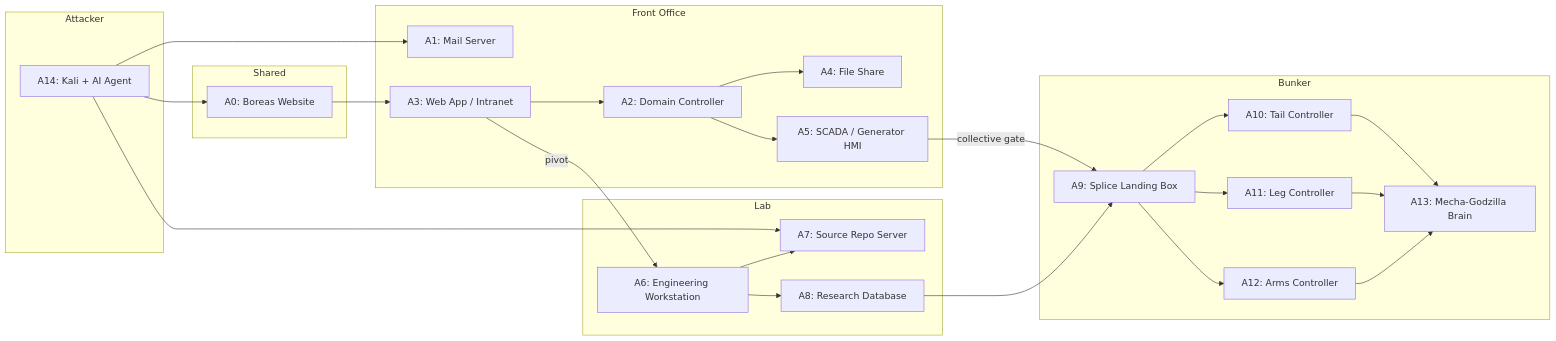
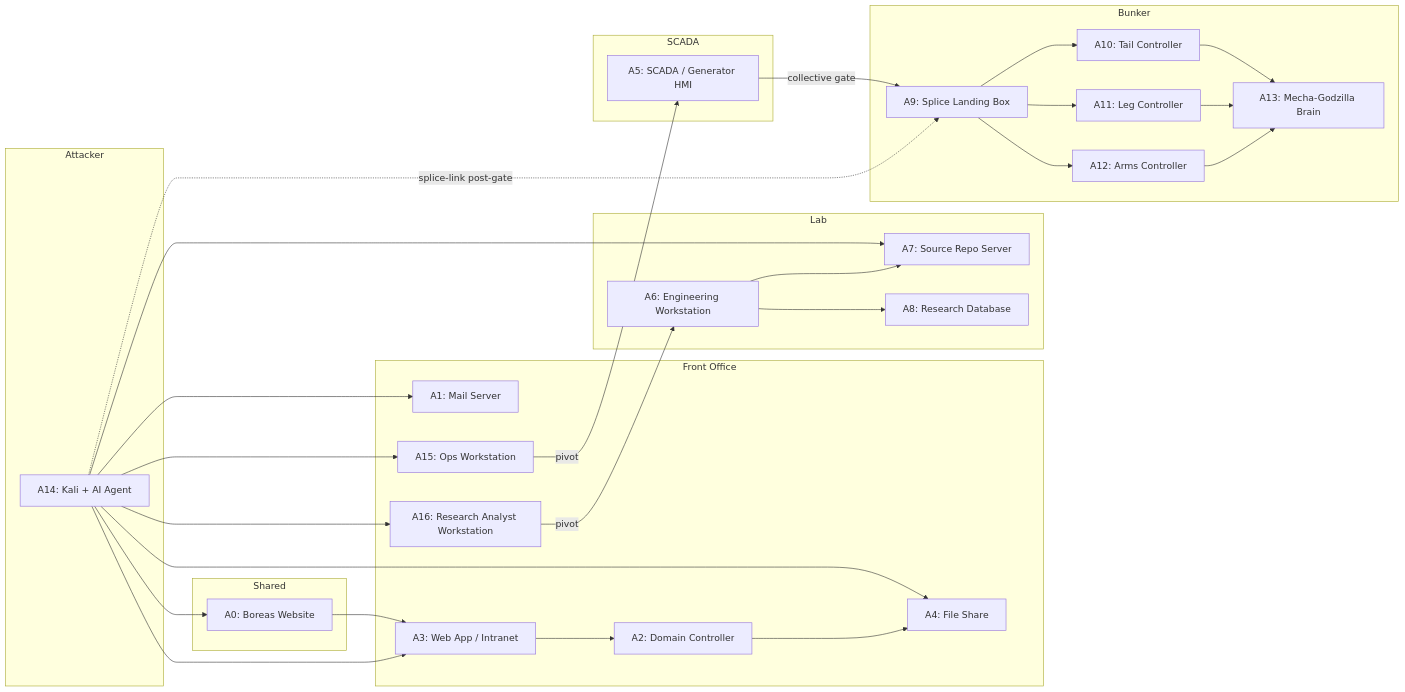
Before and after one commit to PaloAltoNetworks/shifter: the second of 2 diagrams in scenario-dev/polaris/design/architecture.md, drawn with Mermaid. The commit also changed other lines of this file and 50 other files, not shown here.

````diff
--- a/scenario-dev/polaris/design/architecture.md
+++ b/scenario-dev/polaris/design/architecture.md
@@ -81,46 +86,54 @@
 ```mermaid
 graph LR
     subgraph Shared
         A0[A0: Boreas Website]
     end
     subgraph Front Office
         A1[A1: Mail Server]
         A2[A2: Domain Controller]
         A3[A3: Web App / Intranet]
         A4[A4: File Share]
+        A15[A15: Ops Workstation]
+        A16[A16: Research Analyst Workstation]
+    end
+    subgraph SCADA
         A5[A5: SCADA / Generator HMI]
     end
     subgraph Lab
         A6[A6: Engineering Workstation]
         A7[A7: Source Repo Server]
         A8[A8: Research Database]
     end
     subgraph Bunker
         A9[A9: Splice Landing Box]
         A10[A10: Tail Controller]
         A11[A11: Leg Controller]
         A12[A12: Arms Controller]
         A13[A13: Mecha-Godzilla Brain]
     end
     subgraph Attacker
         A14[A14: Kali + AI Agent]
     end
     A0 --> A3
     A14 --> A0
     A14 --> A1
+    A14 --> A3
+    A14 --> A4
     A14 --> A7
+    A14 --> A15
+    A14 --> A16
     A3 --> A2
     A2 --> A4
-    A2 --> A5
-    A3 -->|pivot| A6
+    A15 -->|pivot| A5
+    A16 -->|pivot| A6
     A6 --> A7
     A6 --> A8
     A5 -->|collective gate| A9
-    A8 --> A9
+    A14 -.->|splice-link post-gate| A9
     A9 --> A10
     A9 --> A11
     A9 --> A12
     A10 --> A13
     A11 --> A13
     A12 --> A13
 ```
````
